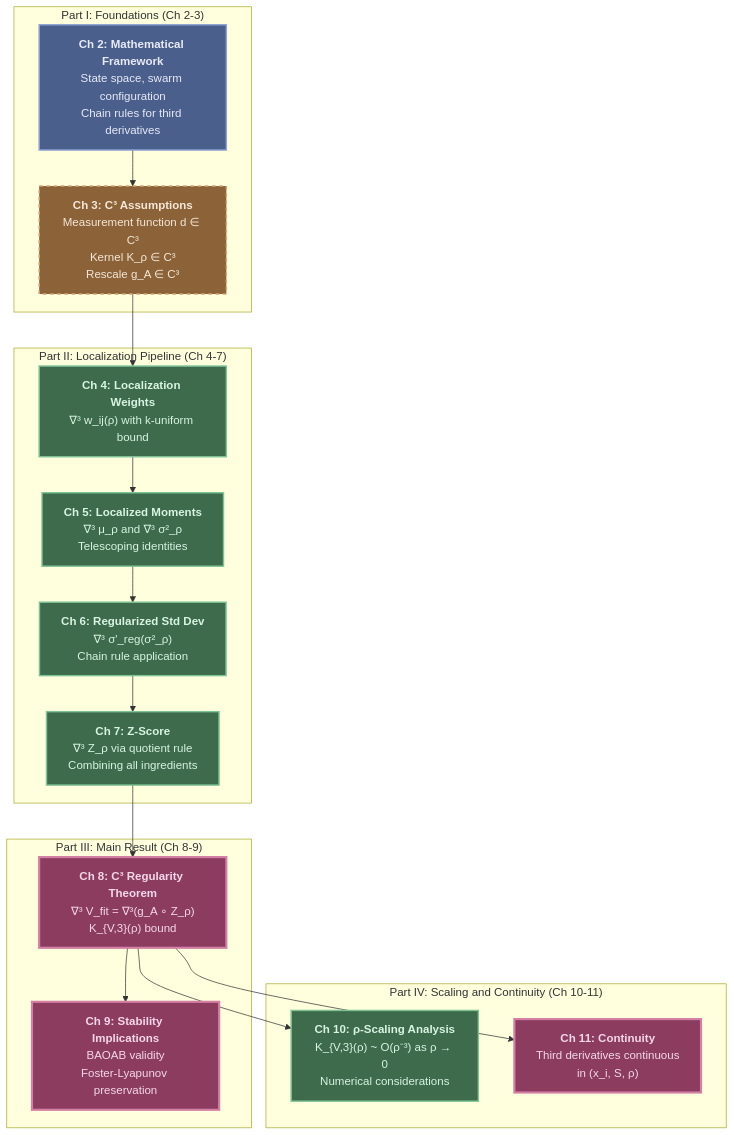
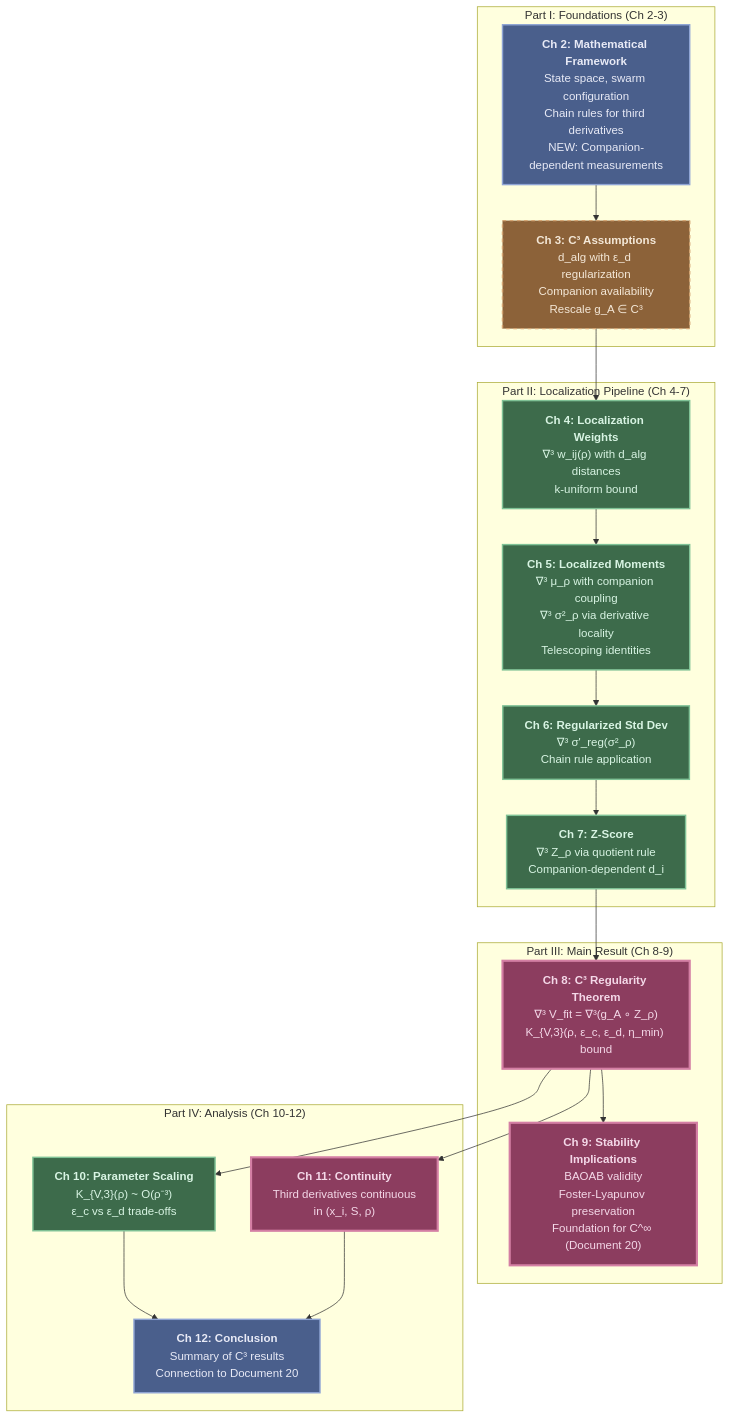
The diagram in docs/source/2_geometric_gas/13_geometric_gas_c3_regularity.md (FragileTech/fragile), drawn with Mermaid before and after one commit. The commit also changed other lines of this file and 73 other files, not shown here.

````diff
--- a/docs/source/2_geometric_gas/13_geometric_gas_c3_regularity.md
+++ b/docs/source/2_geometric_gas/13_geometric_gas_c3_regularity.md
@@ -52,39 +256,42 @@
 ```{mermaid}
 graph TD
     subgraph "Part I: Foundations (Ch 2-3)"
-        A["<b>Ch 2: Mathematical Framework</b><br>State space, swarm configuration<br>Chain rules for third derivatives"]:::stateStyle
-        B["<b>Ch 3: C³ Assumptions</b><br>Measurement function d ∈ C³<br>Kernel K_ρ ∈ C³<br>Rescale g_A ∈ C³"]:::axiomStyle
+        A["<b>Ch 2: Mathematical Framework</b><br>State space, swarm configuration<br>Chain rules for third derivatives<br>NEW: Companion-dependent measurements"]:::stateStyle
+        B["<b>Ch 3: C³ Assumptions</b><br>d_alg with ε_d regularization<br>Companion availability<br>Rescale g_A ∈ C³"]:::axiomStyle
     end
 
     subgraph "Part II: Localization Pipeline (Ch 4-7)"
-        C["<b>Ch 4: Localization Weights</b><br>∇³ w_ij(ρ) with k-uniform bound"]:::lemmaStyle
-        D["<b>Ch 5: Localized Moments</b><br>∇³ μ_ρ and ∇³ σ²_ρ<br>Telescoping identities"]:::lemmaStyle
+        C["<b>Ch 4: Localization Weights</b><br>∇³ w_ij(ρ) with d_alg distances<br>k-uniform bound"]:::lemmaStyle
+        D["<b>Ch 5: Localized Moments</b><br>∇³ μ_ρ with companion coupling<br>∇³ σ²_ρ via derivative locality<br>Telescoping identities"]:::lemmaStyle
         E["<b>Ch 6: Regularized Std Dev</b><br>∇³ σ'_reg(σ²_ρ)<br>Chain rule application"]:::lemmaStyle
-        F["<b>Ch 7: Z-Score</b><br>∇³ Z_ρ via quotient rule<br>Combining all ingredients"]:::lemmaStyle
+        F["<b>Ch 7: Z-Score</b><br>∇³ Z_ρ via quotient rule<br>Companion-dependent d_i"]:::lemmaStyle
     end
 
     subgraph "Part III: Main Result (Ch 8-9)"
-        G["<b>Ch 8: C³ Regularity Theorem</b><br>∇³ V_fit = ∇³(g_A ∘ Z_ρ)<br>K_{V,3}(ρ) bound"]:::theoremStyle
-        H["<b>Ch 9: Stability Implications</b><br>BAOAB validity<br>Foster-Lyapunov preservation"]:::theoremStyle
+        G["<b>Ch 8: C³ Regularity Theorem</b><br>∇³ V_fit = ∇³(g_A ∘ Z_ρ)<br>K_{V,3}(ρ, ε_c, ε_d, η_min) bound"]:::theoremStyle
+        H["<b>Ch 9: Stability Implications</b><br>BAOAB validity<br>Foster-Lyapunov preservation<br>Foundation for C^∞ (Document 20)"]:::theoremStyle
     end
 
-    subgraph "Part IV: Scaling and Continuity (Ch 10-11)"
-        I["<b>Ch 10: ρ-Scaling Analysis</b><br>K_{V,3}(ρ) ~ O(ρ⁻³) as ρ → 0<br>Numerical considerations"]:::lemmaStyle
+    subgraph "Part IV: Analysis (Ch 10-12)"
+        I["<b>Ch 10: Parameter Scaling</b><br>K_{V,3}(ρ) ~ O(ρ⁻³)<br>ε_c vs ε_d trade-offs"]:::lemmaStyle
         J["<b>Ch 11: Continuity</b><br>Third derivatives continuous<br>in (x_i, S, ρ)"]:::theoremStyle
+        K["<b>Ch 12: Conclusion</b><br>Summary of C³ results<br>Connection to Document 20"]:::stateStyle
     end
 
     A --> B
     B --> C
     C --> D
     D --> E
     E --> F
     F --> G
     G --> H
     G --> I
     G --> J
+    I --> K
+    J --> K
 
     classDef stateStyle fill:#4a5f8c,stroke:#8fa4d4,stroke-width:2px,color:#e8eaf6
     classDef axiomStyle fill:#8c6239,stroke:#d4a574,stroke-width:2px,stroke-dasharray: 5 5,color:#f4e8d8
     classDef lemmaStyle fill:#3d6b4b,stroke:#7fc296,stroke-width:2px,color:#d8f4e3
     classDef theoremStyle fill:#8c3d5f,stroke:#d47fa4,stroke-width:3px,color:#f4d8e8
 ```
````
